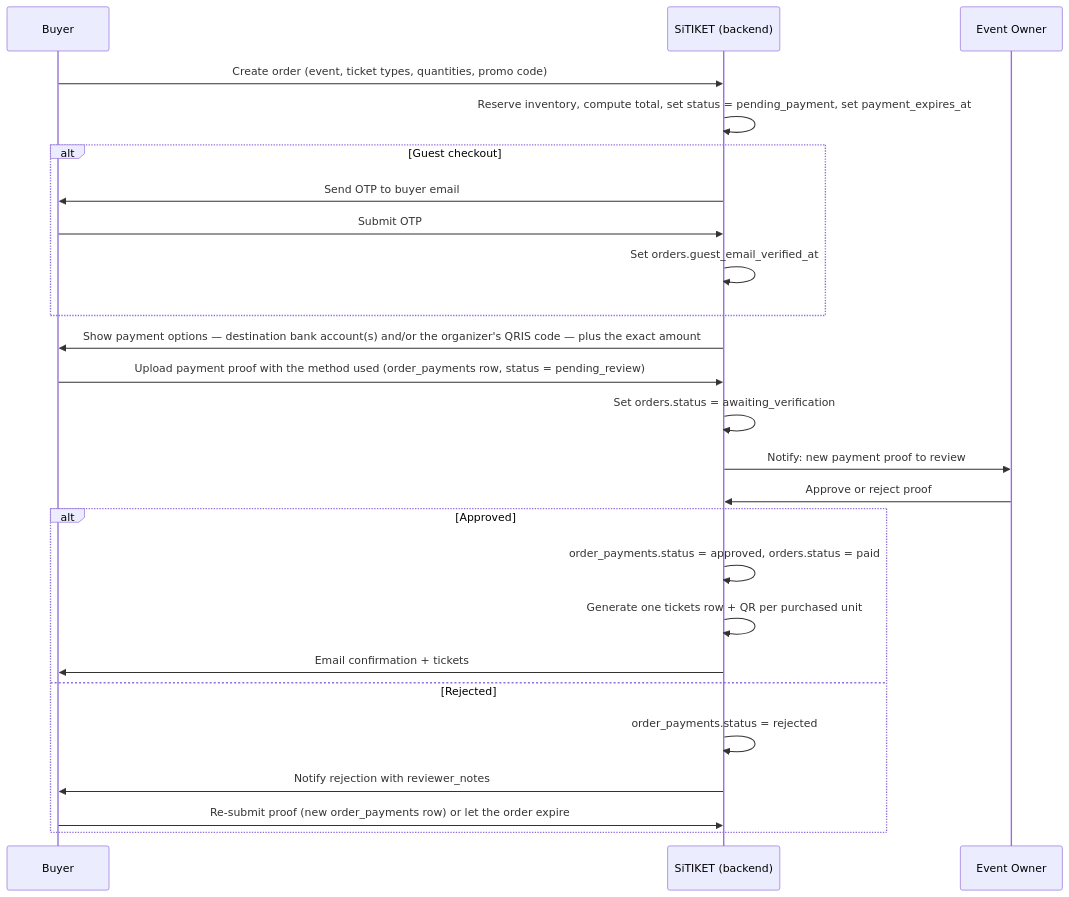
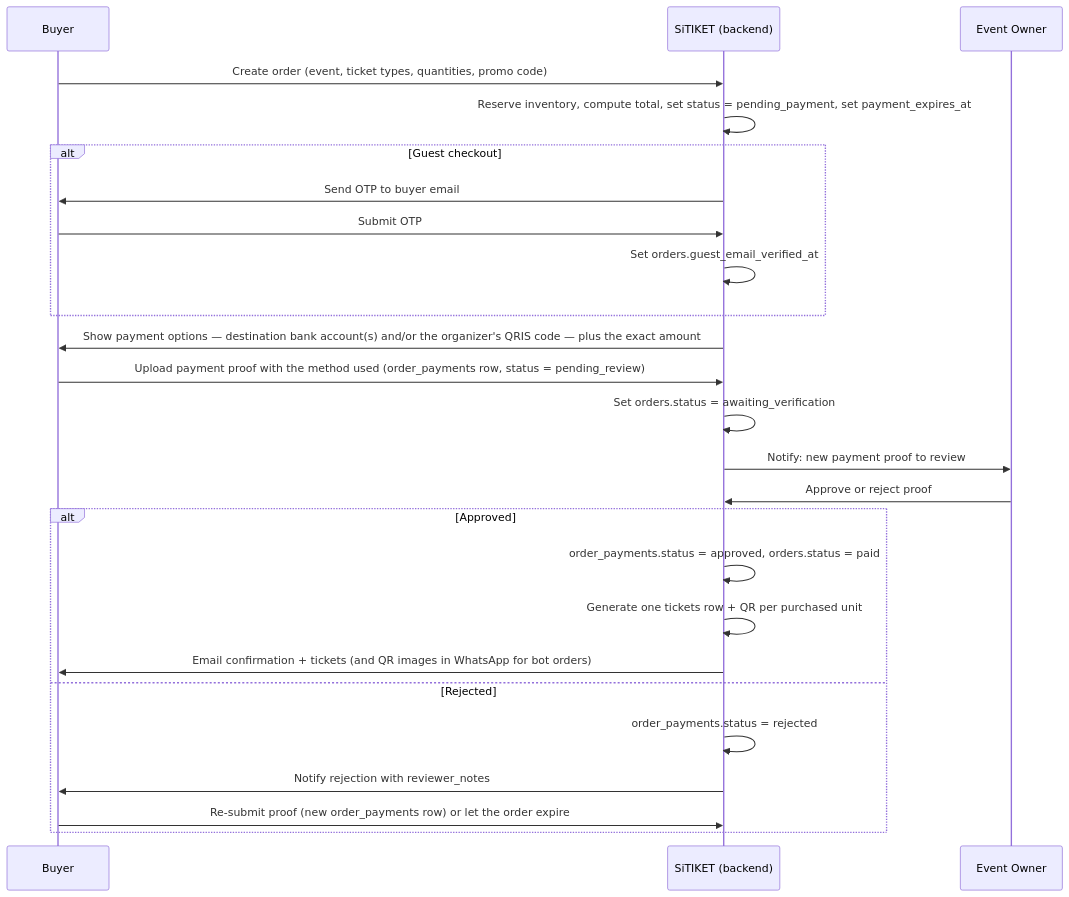
The diagram in docs/business/PAYMENT_VERIFICATION.md (rendyrey/sitiket), drawn with Mermaid before and after one commit. The commit also changed other lines of this file and 33 other files, not shown here.

First line of the commit message:
feat(whatsapp): add WhatsApp ticket bot backed by a local MCP server

````diff
--- a/docs/business/PAYMENT_VERIFICATION.md
+++ b/docs/business/PAYMENT_VERIFICATION.md
@@ -17,28 +17,28 @@
 ```mermaid
 sequenceDiagram
     participant B as Buyer
     participant S as SiTIKET (backend)
     participant O as Event Owner
 
     B->>S: Create order (event, ticket types, quantities, promo code)
     S->>S: Reserve inventory, compute total, set status = pending_payment, set payment_expires_at
     alt Guest checkout
         S->>B: Send OTP to buyer email
         B->>S: Submit OTP
         S->>S: Set orders.guest_email_verified_at
     end
     S->>B: Show payment options — destination bank account(s) and/or the organizer's QRIS code — plus the exact amount
     B->>S: Upload payment proof with the method used (order_payments row, status = pending_review)
     S->>S: Set orders.status = awaiting_verification
     S->>O: Notify: new payment proof to review
     O->>S: Approve or reject proof
     alt Approved
         S->>S: order_payments.status = approved, orders.status = paid
         S->>S: Generate one tickets row + QR per purchased unit
-        S->>B: Email confirmation + tickets
+        S->>B: Email confirmation + tickets (and QR images in WhatsApp for bot orders)
     else Rejected
         S->>S: order_payments.status = rejected
         S->>B: Notify rejection with reviewer_notes
         B->>S: Re-submit proof (new order_payments row) or let the order expire
     end
 ```
````
